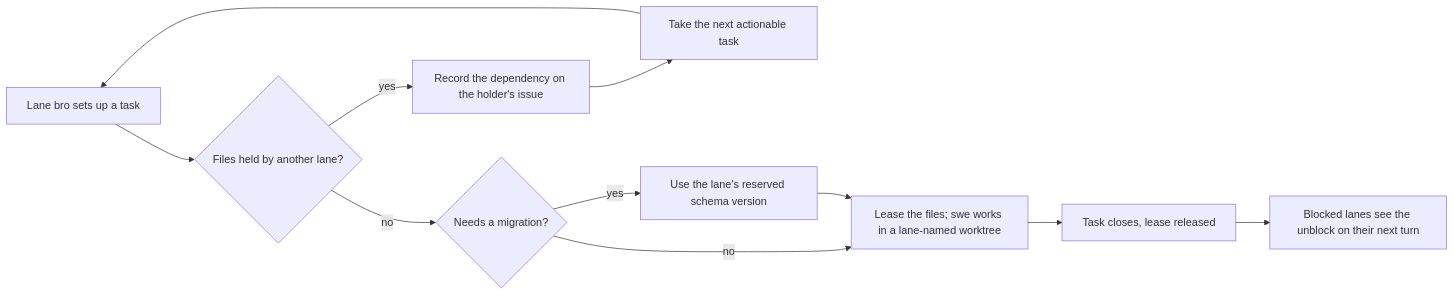
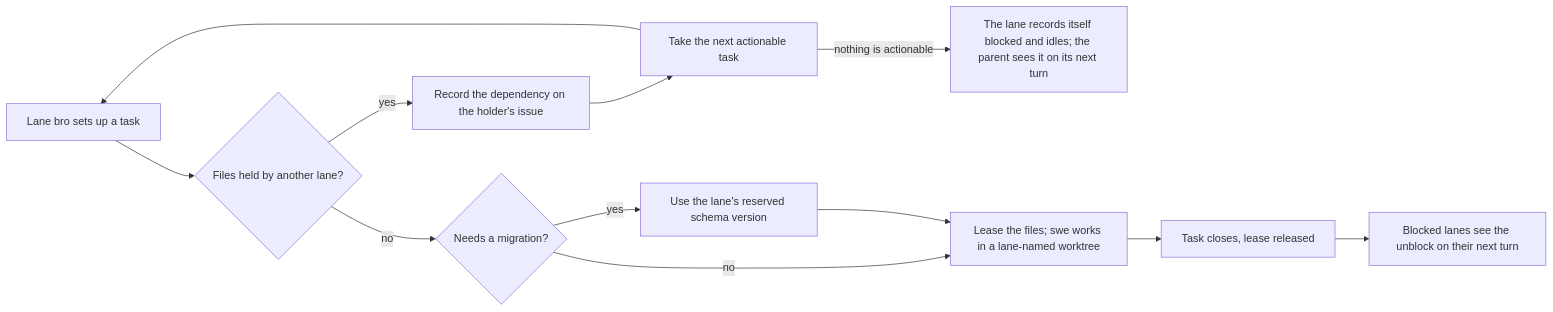
One commit to trustmybot/plugin changed the fourth of 6 diagrams in docs/architecture/LANES.md. Above: the diagram before and after it, drawn with Mermaid. The commit also changed other lines of this file and 2 other files, not shown here.

````diff
--- a/docs/architecture/LANES.md
+++ b/docs/architecture/LANES.md
@@ -95,13 +101,14 @@
 ```mermaid
 flowchart LR
     A[Lane bro sets up a task] --> B{Files held by another lane?}
     B -- yes --> C[Record the dependency on the holder's issue]
     C --> D[Take the next actionable task]
     D --> A
+    D -- nothing is actionable --> X[The lane records itself blocked and idles; the parent sees it on its next turn]
     B -- no --> E{Needs a migration?}
     E -- yes --> F[Use the lane's reserved schema version]
     E -- no --> G[Lease the files; swe works in a lane-named worktree]
     F --> G
     G --> H[Task closes, lease released]
     H --> I[Blocked lanes see the unblock on their next turn]
 ```
````
